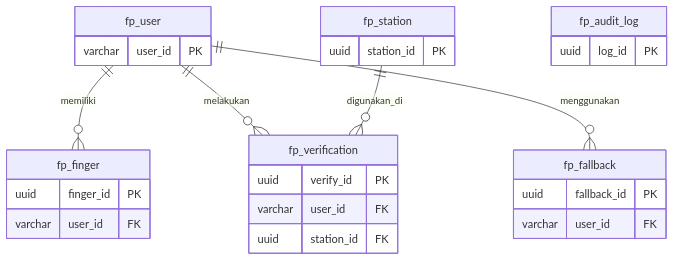
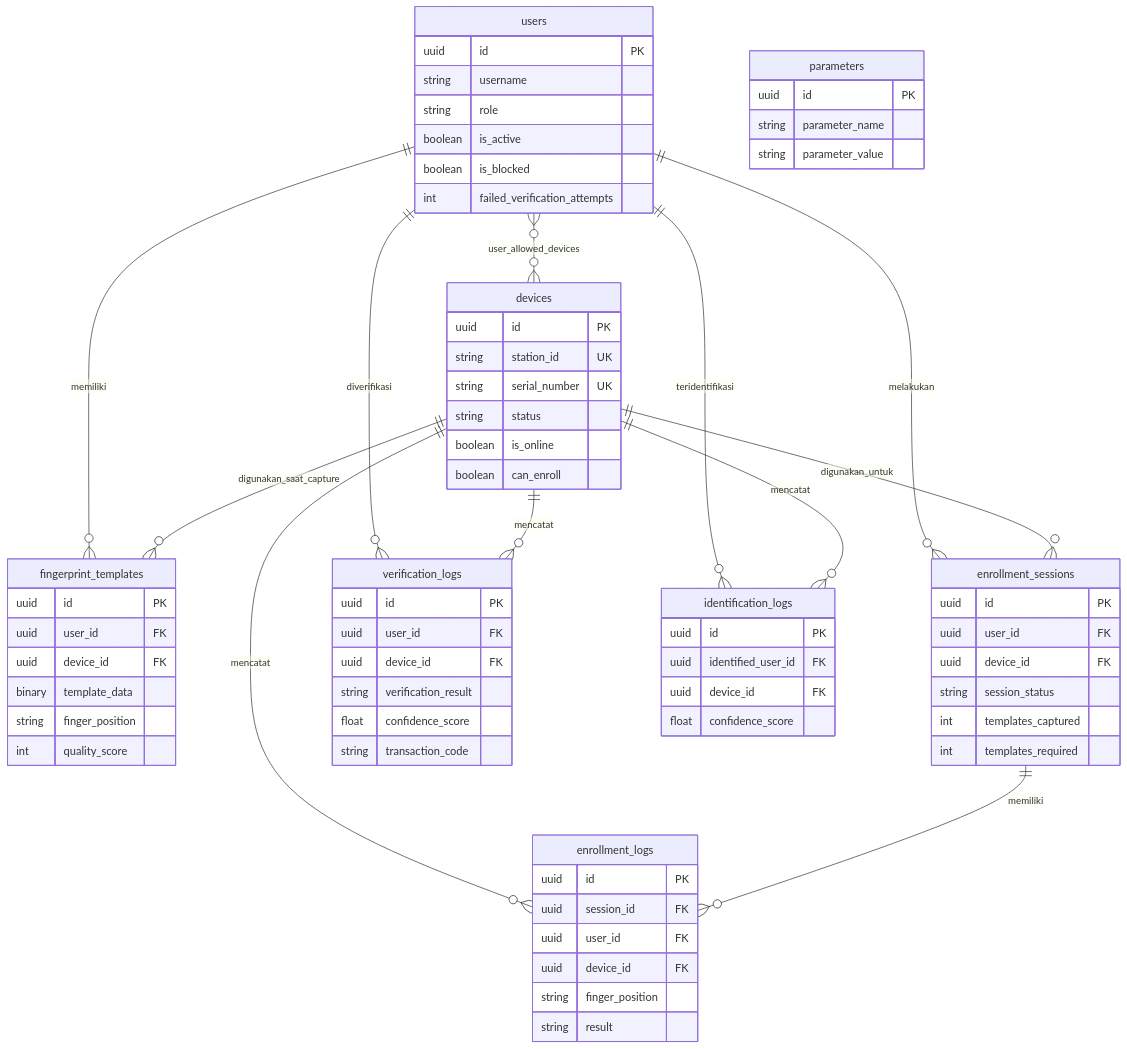
One commit to wisnu/ibank-docs changed diagram 14 of 18 in docs/Fingerscan/FSD_Fingerscan_Biometrik.md. Above: the diagram before and after it, drawn with Mermaid. The commit also changed other lines of this file, not shown here.

````diff
--- a/docs/Fingerscan/FSD_Fingerscan_Biometrik.md
+++ b/docs/Fingerscan/FSD_Fingerscan_Biometrik.md
@@ -1105,35 +1198,83 @@
 ```mermaid
 erDiagram
-    fp_user ||--o{ fp_finger : "memiliki"
-    fp_user ||--o{ fp_verification : "melakukan"
-    fp_user ||--o{ fp_fallback : "menggunakan"
-    fp_station ||--o{ fp_verification : "digunakan_di"
-    
-    fp_user {
-        varchar user_id PK
+    users ||--o{ fingerprint_templates : "memiliki"
+    users ||--o{ enrollment_sessions : "melakukan"
+    users ||--o{ verification_logs : "diverifikasi"
+    users ||--o{ identification_logs : "teridentifikasi"
+    users }o--o{ devices : "user_allowed_devices"
+
+    devices ||--o{ fingerprint_templates : "digunakan_saat_capture"
+    devices ||--o{ enrollment_sessions : "digunakan_untuk"
+    devices ||--o{ enrollment_logs : "mencatat"
+    devices ||--o{ verification_logs : "mencatat"
+    devices ||--o{ identification_logs : "mencatat"
+
+    enrollment_sessions ||--o{ enrollment_logs : "memiliki"
+
+    users {
+        uuid id PK
+        string username
+        string role
+        boolean is_active
+        boolean is_blocked
+        int failed_verification_attempts
     }
-    
-    fp_finger {
-        uuid finger_id PK
-        varchar user_id FK
+
+    devices {
+        uuid id PK
+        string station_id UK
+        string serial_number UK
+        string status
+        boolean is_online
+        boolean can_enroll
     }
-    
-    fp_station {
-        uuid station_id PK
+
+    fingerprint_templates {
+        uuid id PK
+        uuid user_id FK
+        uuid device_id FK
+        binary template_data
+        string finger_position
+        int quality_score
     }
-    
-    fp_verification {
-        uuid verify_id PK
-        varchar user_id FK
-        uuid station_id FK
+
+    enrollment_sessions {
+        uuid id PK
+        uuid user_id FK
+        uuid device_id FK
+        string session_status
+        int templates_captured
+        int templates_required
     }
-    
-    fp_fallback {
-        uuid fallback_id PK
-        varchar user_id FK
+
+    verification_logs {
+        uuid id PK
+        uuid user_id FK
+        uuid device_id FK
+        string verification_result
+        float confidence_score
+        string transaction_code
     }
-    
-    fp_audit_log {
-        uuid log_id PK
+
+    identification_logs {
+        uuid id PK
+        uuid identified_user_id FK
+        uuid device_id FK
+        float confidence_score
+    }
+
+    enrollment_logs {
+        uuid id PK
+        uuid session_id FK
+        uuid user_id FK
+        uuid device_id FK
+        string finger_position
+        string result
+    }
+
+    parameters {
+        uuid id PK
+        string parameter_name
+        string parameter_value
     }
 ```
````
